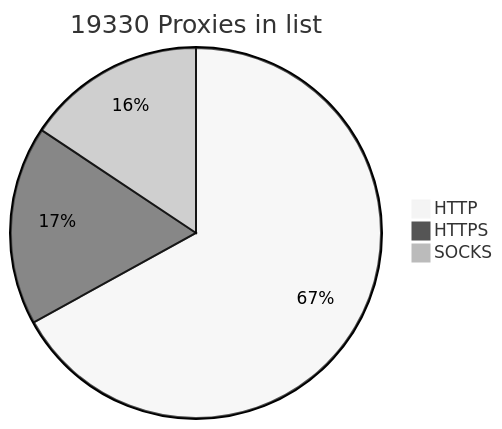
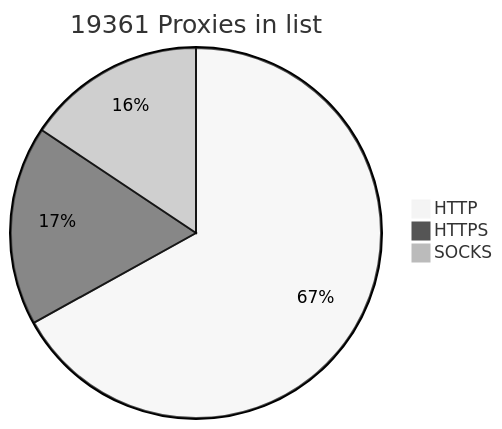
The diagram in README.md (BlackSnowDot/proxylist-update-every-minute), drawn with Mermaid (neutral theme) before and after one commit.

````diff
--- a/README.md
+++ b/README.md
@@ -2,6 +2,6 @@
 ```mermaid
-pie title 19330 Proxies in list
-    "HTTP" : 14305
-    "HTTPS": 3710
-    "SOCKS" : 3340
+pie title 19361 Proxies in list
+    "HTTP" : 14331
+    "HTTPS": 3728
+    "SOCKS" : 3346
 ```
````
